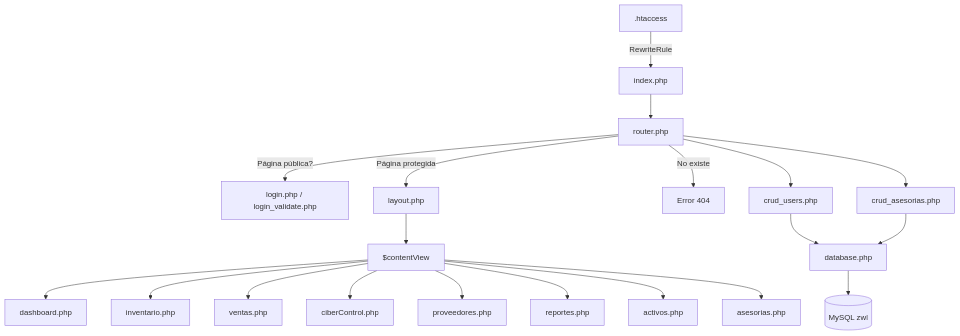
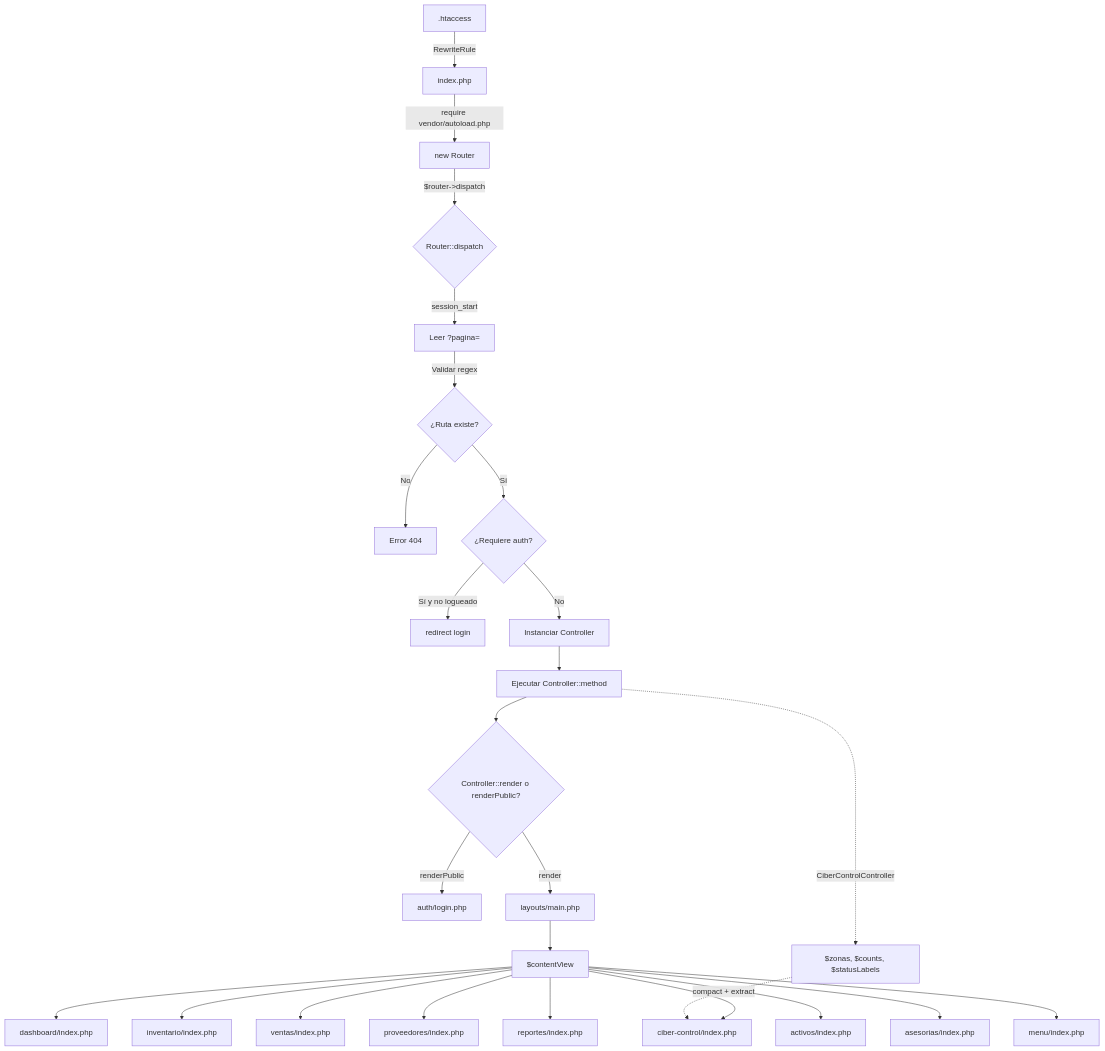
Before and after one commit to Carlos-paez/EIS_Zona_Web_Lara: the second of 3 diagrams in docs/diagrama-de-clases.md, drawn with Mermaid. The commit also changed other lines of this file and 40 other files, not shown here.

````diff
--- a/docs/diagrama-de-clases.md
+++ b/docs/diagrama-de-clases.md
@@ -294,22 +232,28 @@
 ```mermaid
 flowchart TD
     A[.htaccess] -->|RewriteRule| B[index.php]
-    B --> C[router.php]
-    C -->|Página pública?| D[login.php / login_validate.php]
-    C -->|Página protegida| E[layout.php]
-    C -->|No existe| F[Error 404]
-    E --> G[$contentView]
-    G --> H[dashboard.php]
-    G --> I[inventario.php]
-    G --> J[ventas.php]
-    G --> K[ciberControl.php]
-    G --> L[proveedores.php]
-    G --> M[reportes.php]
-    G --> N[activos.php]
-    G --> O[asesorias.php]
-    C --> P[crud_users.php]
-    C --> Q[crud_asesorias.php]
-    P --> R[database.php]
-    Q --> R[database.php]
-    R --> S[(MySQL zwl)]
+    B -->|require vendor/autoload.php| C[new Router]
+    C -->|$router->dispatch| D{Router::dispatch}
+    D -->|session_start| E[Leer ?pagina=]
+    E -->|Validar regex| F{¿Ruta existe?}
+    F -->|No| G[Error 404]
+    F -->|Sí| H{¿Requiere auth?}
+    H -->|Sí y no logueado| I[redirect login]
+    H -->|No| J[Instanciar Controller]
+    J --> K[Ejecutar Controller::method]
+    K --> L{Controller::render o renderPublic?}
+    L -->|renderPublic| M[auth/login.php]
+    L -->|render| N[layouts/main.php]
+    N --> O[$contentView]
+    O --> P[dashboard/index.php]
+    O --> Q[inventario/index.php]
+    O --> R[ventas/index.php]
+    O --> S[ciber-control/index.php]
+    O --> T[proveedores/index.php]
+    O --> U[reportes/index.php]
+    O --> V[activos/index.php]
+    O --> W[asesorias/index.php]
+    O --> X[menu/index.php]
+    K -.->|CiberControlController| Y[$zonas, $counts, $statusLabels]
+    Y -.->|compact + extract| S
 ```
````
